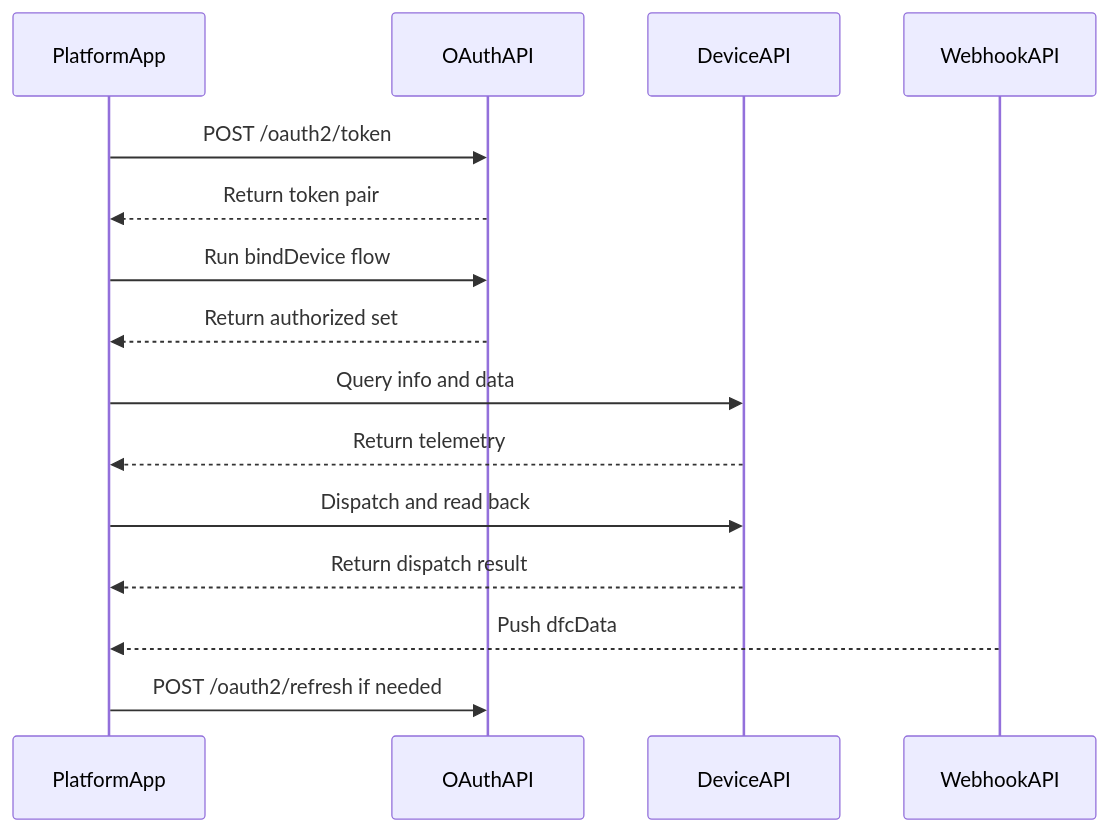
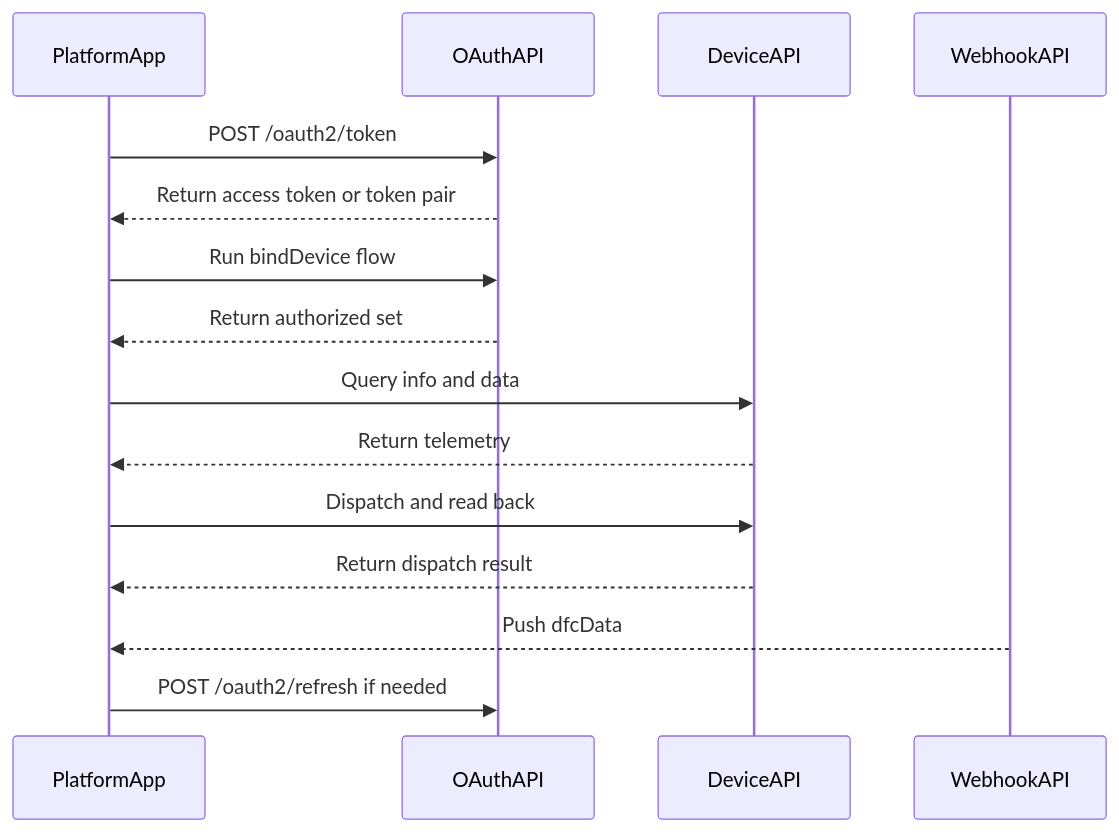
The second of 2 diagrams in Growatt API/OPENAPI/README.md (EugeneJian/growatt-unified-api), drawn with Mermaid before and after one commit. The commit also changed other lines of this file and 26 other files, not shown here.

````diff
--- a/Growatt API/OPENAPI/README.md
+++ b/Growatt API/OPENAPI/README.md
@@ -25,19 +25,19 @@
 ```mermaid
 %% 本代码严格遵循AI生成Mermaid代码的终极准则v4.1（Mermaid终极大师）
 sequenceDiagram
     participant Platform as PlatformApp
     participant OAuth as OAuthAPI
     participant Device as DeviceAPI
     participant Push as WebhookAPI
 
     Platform->>OAuth: POST /oauth2/token
-    OAuth-->>Platform: Return token pair
+    OAuth-->>Platform: Return access token or token pair
     Platform->>OAuth: Run bindDevice flow
     OAuth-->>Platform: Return authorized set
     Platform->>Device: Query info and data
     Device-->>Platform: Return telemetry
     Platform->>Device: Dispatch and read back
     Device-->>Platform: Return dispatch result
     Push-->>Platform: Push dfcData
     Platform->>OAuth: POST /oauth2/refresh if needed
 ```
````
